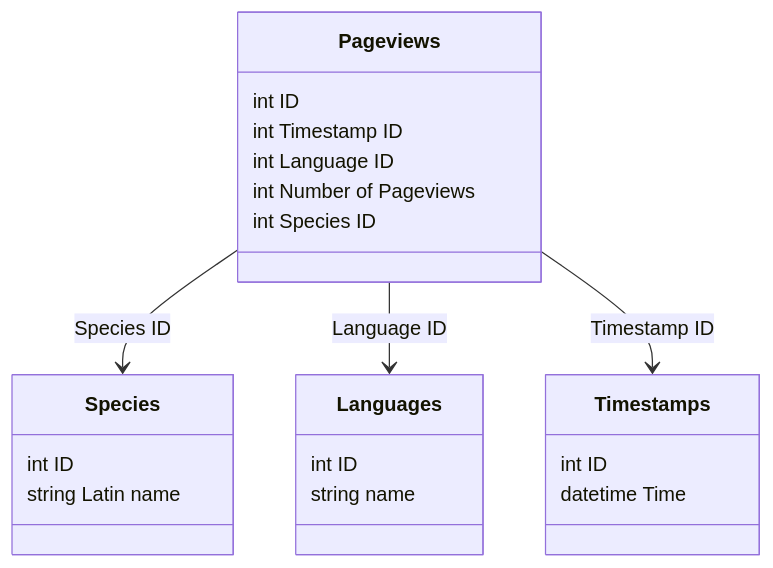
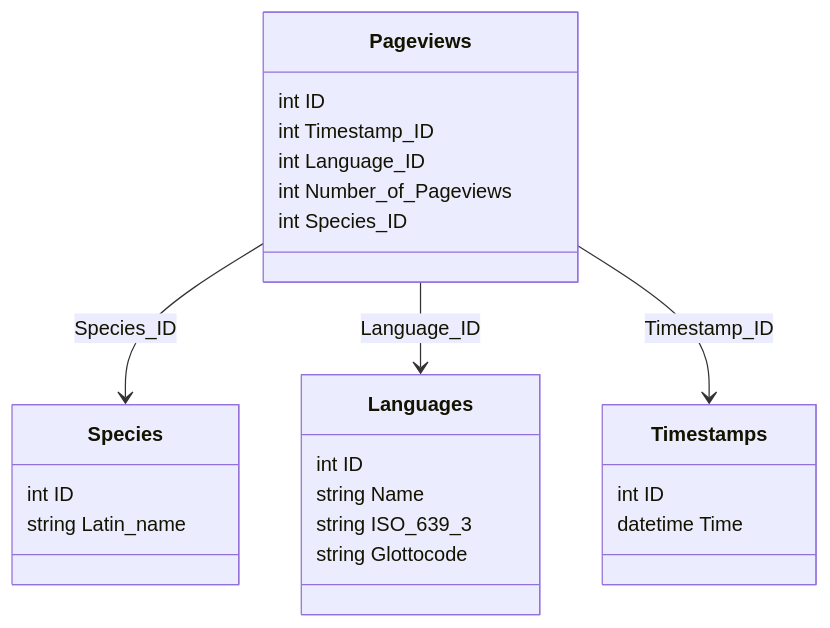
The diagram in documentation/architecture.md (Garden-dormouse/DS_project), drawn with Mermaid before and after one commit.

Commit message:
Fix names in architecture diagram

````diff
--- a/documentation/architecture.md
+++ b/documentation/architecture.md
@@ -1,27 +1,29 @@
 ```mermaid
 classDiagram
   class Species{
         int  ID
-        string Latin name
+        string Latin_name
     }
   class Languages{
         int ID
-        string name
+        string Name
+        string ISO_639_3
+        string Glottocode
     }
   class Pageviews{
         int ID
-        int Timestamp ID
-        int Language ID
-        int Number of Pageviews
-        int Species ID
+        int Timestamp_ID
+        int Language_ID
+        int Number_of_Pageviews
+        int Species_ID
     }
   class Timestamps{
         int ID
         datetime Time
     }
     %% Relationships (foreign keys)
-    Pageviews --> Species : Species ID
-    Pageviews --> Languages : Language ID
-    Pageviews --> Timestamps : Timestamp ID
+    Pageviews --> Species : Species_ID
+    Pageviews --> Languages : Language_ID
+    Pageviews --> Timestamps : Timestamp_ID
 
 ```
````
